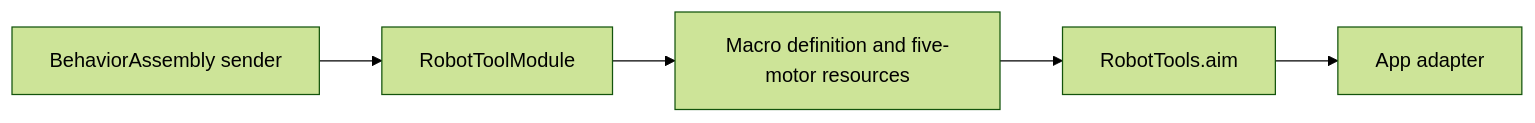
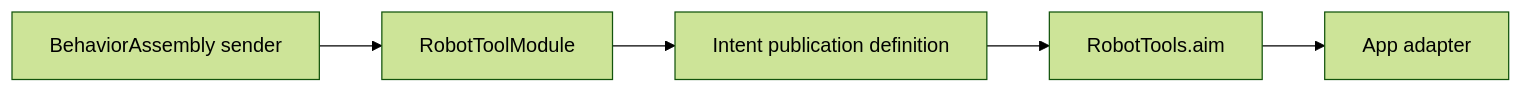
The diagram in MobileHarness/Tools/Robot/Support/README.md (devilyouwei/MobileHarness), drawn with Mermaid (forest theme) before and after one commit. The commit also changed other lines of this file and 70 other files, not shown here.

````diff
--- a/MobileHarness/Tools/Robot/Support/README.md
+++ b/MobileHarness/Tools/Robot/Support/README.md
@@ -5,7 +5,7 @@
 ```mermaid
 flowchart LR
     Root[BehaviorAssembly sender] --> Module[RobotToolModule]
-    Module --> Definition[Macro definition and five-motor resources]
+    Module --> Definition[Intent publication definition]
     Definition --> Entry[RobotTools.aim]
     Entry --> Host[App adapter]
 ```
````
